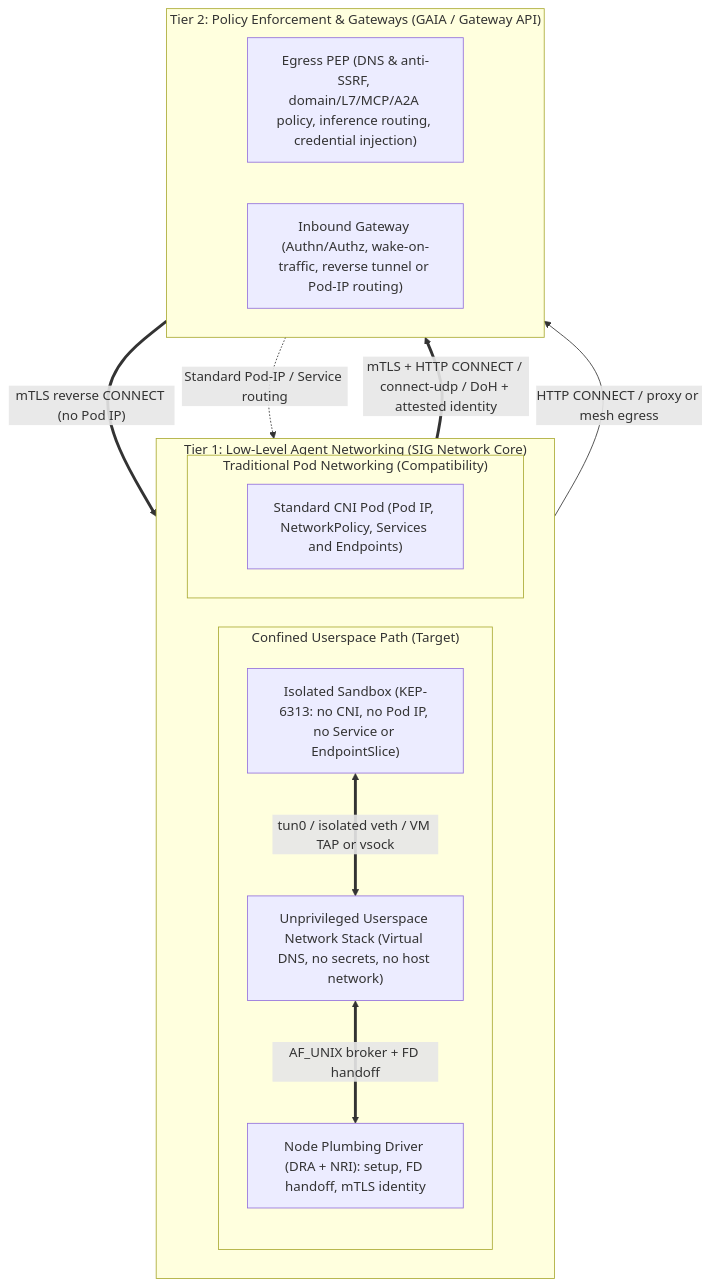
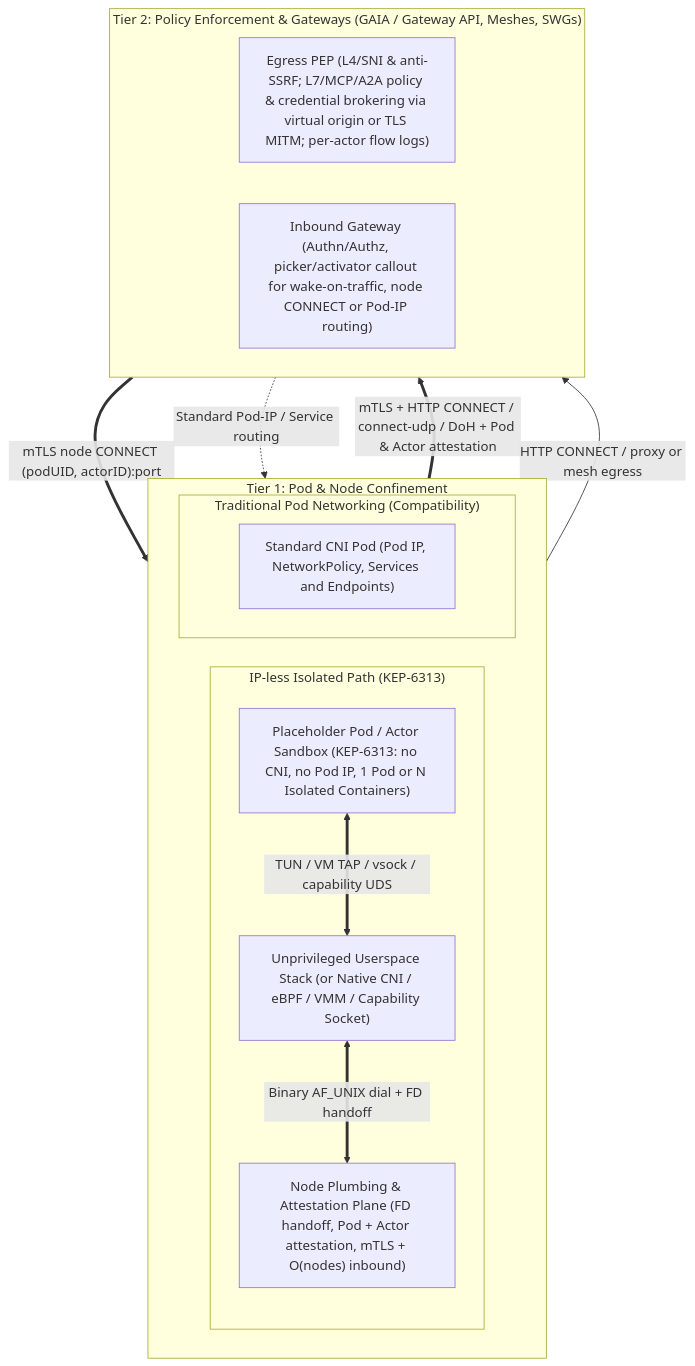
The diagram in docs/architecture.md (aojea/agents.net), drawn with Mermaid before and after one commit. The commit also changed other lines of this file, not shown here.

First line of the commit message:
docs: incorporate 7-reviewer panel feedback and Pod vs Actor attestation

````diff
--- a/docs/architecture.md
+++ b/docs/architecture.md
@@ -29,29 +31,29 @@
 ```mermaid
 flowchart TB
-    subgraph T1["Tier 1: Low-Level Agent Networking (SIG Network Core)"]
+    subgraph T1["Tier 1: Pod & Node Confinement"]
         direction LR
-        subgraph NewStack["Confined Userspace Path (Target)"]
+        subgraph NewStack["IP-less Isolated Path (KEP-6313)"]
             direction TB
-            IsoPod["Isolated Sandbox (KEP-6313: no CNI, no Pod IP, no Service or EndpointSlice)"]
-            UStack["Unprivileged Userspace Network Stack (Virtual DNS, no secrets, no host network)"]
-            Plumbing["Node Plumbing Driver (DRA + NRI): setup, FD handoff, mTLS identity"]
-            IsoPod <== "tun0 / isolated veth / VM TAP or vsock" ==> UStack
-            UStack <== "AF_UNIX broker + FD handoff" ==> Plumbing
+            IsoPod["Placeholder Pod / Actor Sandbox (KEP-6313: no CNI, no Pod IP, 1 Pod or N Isolated Containers)"]
+            UStack["Unprivileged Userspace Stack (or Native CNI / eBPF / VMM / Capability Socket)"]
+            Plumbing["Node Plumbing & Attestation Plane (FD handoff, Pod + Actor attestation, mTLS + O(nodes) inbound)"]
+            IsoPod <== "TUN / VM TAP / vsock / capability UDS" ==> UStack
+            UStack <== "Binary AF_UNIX dial + FD handoff" ==> Plumbing
         end
 
         subgraph TradStack["Traditional Pod Networking (Compatibility)"]
             CNIPod["Standard CNI Pod (Pod IP, NetworkPolicy, Services and Endpoints)"]
         end
     end
 
-    subgraph T2["Tier 2: Policy Enforcement & Gateways (GAIA / Gateway API)"]
+    subgraph T2["Tier 2: Policy Enforcement & Gateways (GAIA / Gateway API, Meshes, SWGs)"]
         direction LR
-        PEP["Egress PEP (DNS & anti-SSRF, domain/L7/MCP/A2A policy, inference routing, credential injection)"]
-        IGW["Inbound Gateway (Authn/Authz, wake-on-traffic, reverse tunnel or Pod-IP routing)"]
+        PEP["Egress PEP (L4/SNI & anti-SSRF; L7/MCP/A2A policy & credential brokering via virtual origin or TLS MITM; per-actor flow logs)"]
+        IGW["Inbound Gateway (Authn/Authz, picker/activator callout for wake-on-traffic, node CONNECT or Pod-IP routing)"]
     end
 
-    Plumbing == "mTLS + HTTP CONNECT / connect-udp / DoH + attested identity" ==> PEP
+    Plumbing == "mTLS + HTTP CONNECT / connect-udp / DoH + Pod & Actor attestation" ==> PEP
     CNIPod --> |"HTTP CONNECT / proxy or mesh egress"| PEP
-    IGW == "mTLS reverse CONNECT (no Pod IP)" ==> Plumbing
+    IGW == "mTLS node CONNECT (podUID, actorID):port" ==> Plumbing
     IGW -.-> |"Standard Pod-IP / Service routing"| CNIPod
 ```
````
